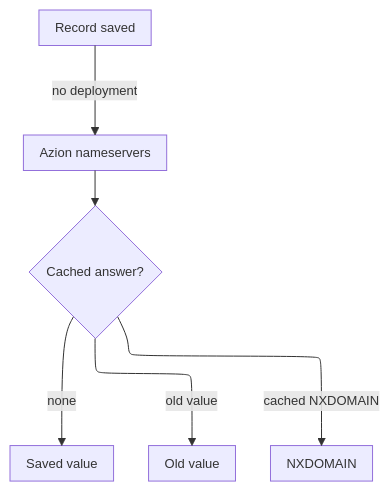
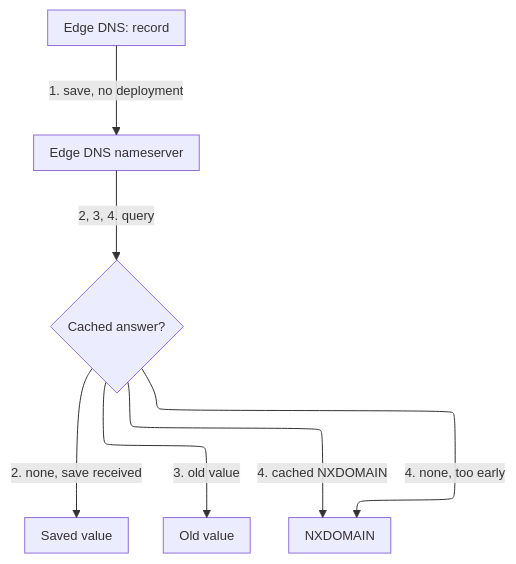
The second of 4 diagrams in apps/docs/src/content/docs/en/pages/secure/edge-dns/how-it-works.mdx (aziontech/docs), drawn with Mermaid before and after one commit. The commit also changed other lines of this file and 3 other files, not shown here.

First line of the commit message:
fix(edge-dns): state the tested propagation and caching in How it works and Best practices

````diff
--- a/apps/docs/src/content/docs/en/pages/secure/edge-dns/how-it-works.mdx
+++ b/apps/docs/src/content/docs/en/pages/secure/edge-dns/how-it-works.mdx
@@ -52,9 +63,16 @@
 ```mermaid
 %%{init: {"layout": "elk", "themeVariables": {"fontSize": "13px"}, "flowchart": {"nodeSpacing": 24, "rankSpacing": 36, "padding": 8, "wrappingWidth": 150, "useMaxWidth": true}, "sequence": {"width": 120, "actorMargin": 30, "useMaxWidth": true}}}%%
 flowchart TD
-  Save["Record saved"] -->|"no deployment"| Ns["Azion nameservers"]
-  Ns --> Check{"Cached answer?"}
-  Check -->|"none"| New["Saved value"]
-  Check -->|"old value"| Old["Old value"]
-  Check -->|"cached NXDOMAIN"| Neg["NXDOMAIN"]
+  Rec["Edge DNS: record"]
+  NS["Edge DNS nameserver"]
+  Check{"Cached answer?"}
+  New["Saved value"]
+  Old["Old value"]
+  Neg["NXDOMAIN"]
+  Rec -->|"1. save, no deployment"| NS
+  NS -->|"2, 3, 4. query"| Check
+  Check -->|"2. none, save received"| New
+  Check -->|"3. old value"| Old
+  Check -->|"4. none, too early"| Neg
+  Check -->|"4. cached NXDOMAIN"| Neg
 ```
````
